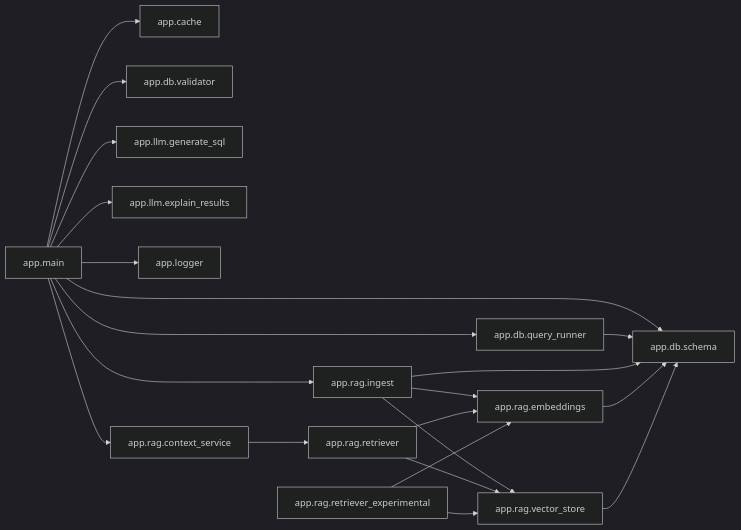
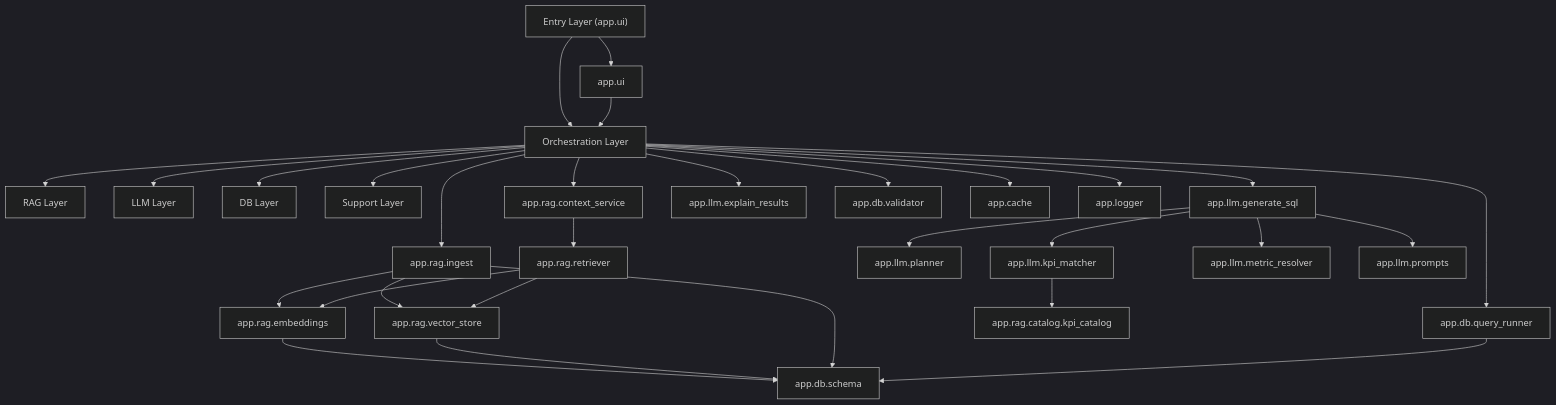
One commit to alikhanzadi/sql_llm changed the diagram in docs/module_call_graph.md. Above: the diagram before and after it, drawn with Mermaid (dark theme). The commit also changed other lines of this file and 36 other files, not shown here.

Commit message:
revamped KPI documents, added eval module and planner.py

````diff
--- a/docs/module_call_graph.md
+++ b/docs/module_call_graph.md
@@ -5,28 +5,39 @@
 ```mermaid
-flowchart LR
-  M0["app.main"] --> M1["app.cache"]
-  M0 --> M2["app.db.query_runner"]
-  M0 --> M3["app.db.validator"]
-  M0 --> M9["app.db.schema"]
-  M0 --> M4["app.llm.generate_sql"]
-  M0 --> M5["app.llm.explain_results"]
-  M0 --> M6["app.logger"]
-  M0 --> M7["app.rag.context_service"]
-  M0 --> M8["app.rag.ingest"]
+flowchart TB
+  E0["Entry Layer (app.ui)"] --> O0["Orchestration Layer"]
+  O0 --> R0["RAG Layer"]
+  O0 --> L0["LLM Layer"]
+  O0 --> D0["DB Layer"]
+  O0 --> X0["Support Layer"]
 
-  M2 --> M9
+  E0 --> U0["app.ui"]
+  U0 --> O0
 
-  M7 --> M11["app.rag.retriever"]
-  M8 --> M12["app.rag.embeddings"]
-  M8 --> M13["app.rag.vector_store"]
-  M8 --> M9
+  O0 --> RI["app.rag.ingest"]
+  O0 --> RC["app.rag.context_service"]
+  O0 --> LG["app.llm.generate_sql"]
+  O0 --> LE["app.llm.explain_results"]
+  O0 --> DV["app.db.validator"]
+  O0 --> DQ["app.db.query_runner"]
+  O0 --> CA["app.cache"]
+  O0 --> LO["app.logger"]
 
-  M11 --> M12
-  M11 --> M13
+  RC --> RR["app.rag.retriever"]
+  RI --> RE["app.rag.embeddings"]
+  RI --> RV["app.rag.vector_store"]
 
-  M14["app.rag.retriever_experimental"] --> M12
-  M14 --> M13
+  RR --> RE
+  RR --> RV
 
-  M12 --> M9
-  M13 --> M9
+  LG --> LP["app.llm.planner"]
+  LG --> LK["app.llm.kpi_matcher"]
+  LG --> LM["app.llm.metric_resolver"]
+  LG --> LPR["app.llm.prompts"]
+
+  LK --> KC["app.rag.catalog.kpi_catalog"]
+
+  RE --> DS["app.db.schema"]
+  RV --> DS
+  RI --> DS
+  DQ --> DS
 ```
````
